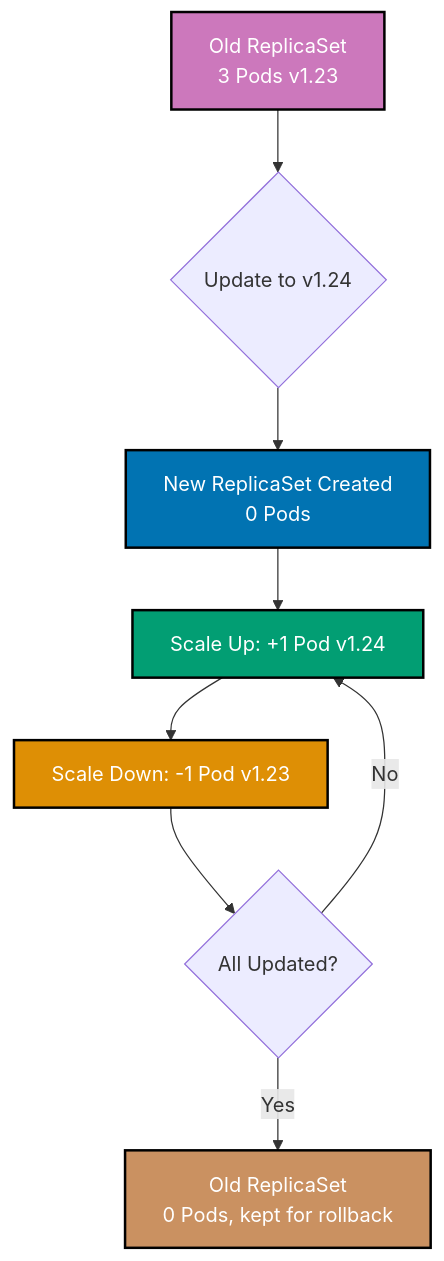
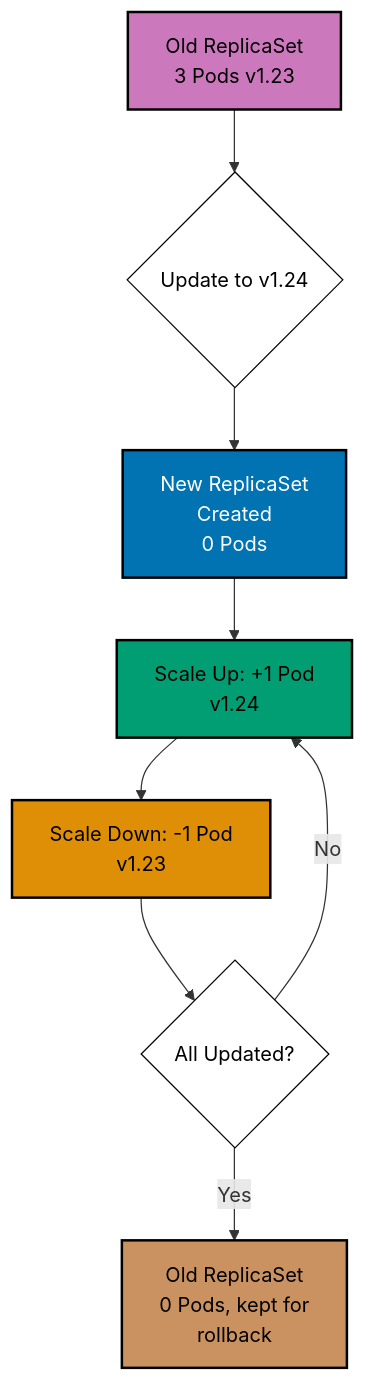
Before and after one commit to wahidyankf/ose-public: the fifth of 9 diagrams in apps/ayokoding-www/content/en/learn/legacy/software-engineering/infrastructure/tools/kubernetes/by-example/beginner.md, drawn with Mermaid. The commit also changed other lines of this file and 131 other files, not shown here.

First line of the commit message:
fix(mermaid): bring the legacy data, infrastructure, and testing diagrams onto the accessible palette

````diff
--- a/apps/ayokoding-www/content/en/learn/legacy/software-engineering/infrastructure/tools/kubernetes/by-example/beginner.md
+++ b/apps/ayokoding-www/content/en/learn/legacy/software-engineering/infrastructure/tools/kubernetes/by-example/beginner.md
@@ -663,18 +689,26 @@
 ```mermaid
 %% Color Palette: Blue #0173B2, Orange #DE8F05, Teal #029E73, Purple #CC78BC, Brown #CA9161
 %% Rolling update process
 graph TD
+ accTitle: Example 10: Rolling Update Strategy
+ accDescr: Graph with 7 nodes and 7 connections. Nodes: Old ReplicaSet 3 Pods v1.23, Update to v1.24, New ReplicaSet Created 0 Pods, Scale Up: +1 Pod v1.24, Scale Down: -1 Pod v1.23, All Updated?, Old ReplicaSet 0 Pods, kept for rollback. Connections: Old ReplicaSet 3 Pods v1.23 to Update to v1.24, Update to v1.24 to New ReplicaSet Created 0 Pods, New ReplicaSet Created 0 Pods to Scale Up: +1 Pod v1.24, Scale Up: +1 Pod v1.24 to Scale Down: -1 Pod v1.23, Scale Down: -1 Pod v1.23 to All Updated?, All Updated? to Scale Up: +1 Pod v1.24 (No), All Updated? to Old ReplicaSet 0 Pods, kept for rollback (Yes).
  A[Old ReplicaSet<br/>3 Pods v1.23] --> B{Update to v1.24}
- B --> C[New ReplicaSet Created<br/>0 Pods]
- C --> D[Scale Up: +1 Pod v1.24]
- D --> E[Scale Down: -1 Pod v1.23]
+ B --> C[New ReplicaSet<br/>Created<br/>0 Pods]
+ C --> D[Scale Up: +1 Pod<br/>v1.24]
+ D --> E[Scale Down: -1 Pod<br/>v1.23]
  E --> F{All Updated?}
  F -->|No| D
- F -->|Yes| G[Old ReplicaSet<br/>0 Pods, kept for rollback]
+ F -->|Yes| G[Old ReplicaSet<br/>0 Pods, kept for<br/>rollback]
 
- style A fill:#CC78BC,stroke:#000000,stroke-width:2px,color:#fff
- style C fill:#0173B2,stroke:#000000,stroke-width:2px,color:#fff
- style D fill:#029E73,stroke:#000000,stroke-width:2px,color:#fff
- style E fill:#DE8F05,stroke:#000000,stroke-width:2px,color:#fff
- style G fill:#CA9161,stroke:#000000,stroke-width:2px,color:#fff
+ classDef pal-CC78BC fill:#CC78BC,stroke:#000000,color:#000000,stroke-width:2px
+ class A pal-CC78BC
+ classDef pal-0173B2 fill:#0173B2,stroke:#000000,color:#FFFFFF,stroke-width:2px
+ class C pal-0173B2
+ classDef pal-029E73 fill:#029E73,stroke:#000000,color:#000000,stroke-width:2px
+ class D pal-029E73
+ classDef pal-DE8F05 fill:#DE8F05,stroke:#000000,color:#000000,stroke-width:2px
+ class E pal-DE8F05
+ classDef pal-CA9161 fill:#CA9161,stroke:#000000,color:#000000,stroke-width:2px
+ class G pal-CA9161
+ classDef default fill:#FFFFFF,stroke:#000000,color:#000000
 ```
````
